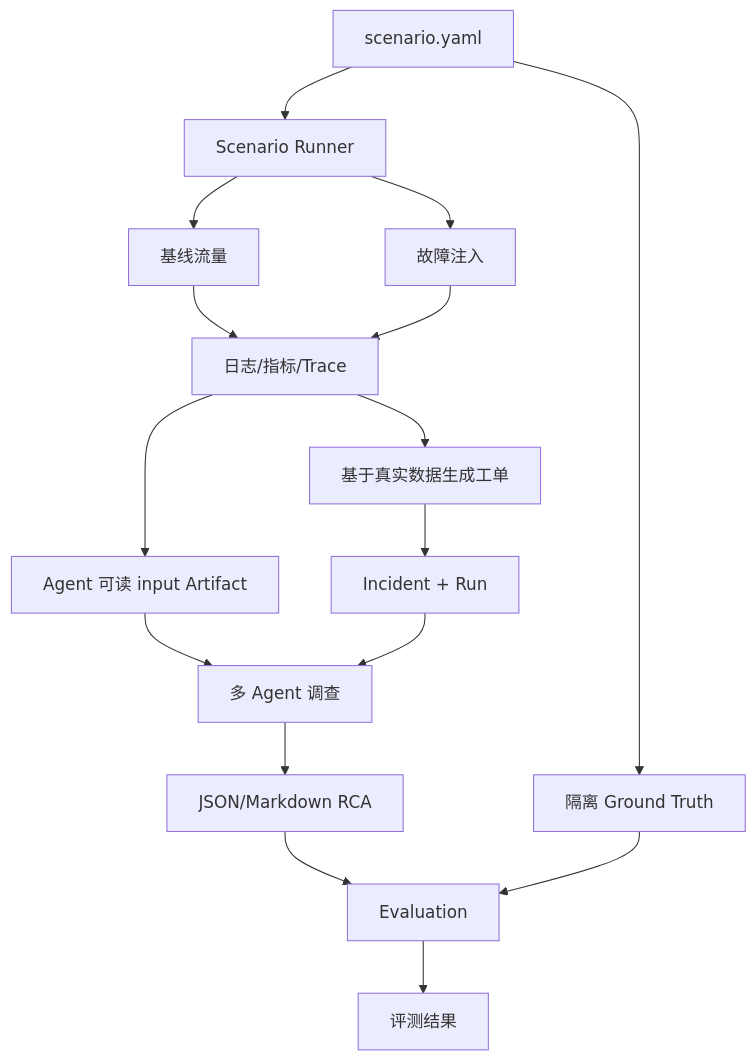
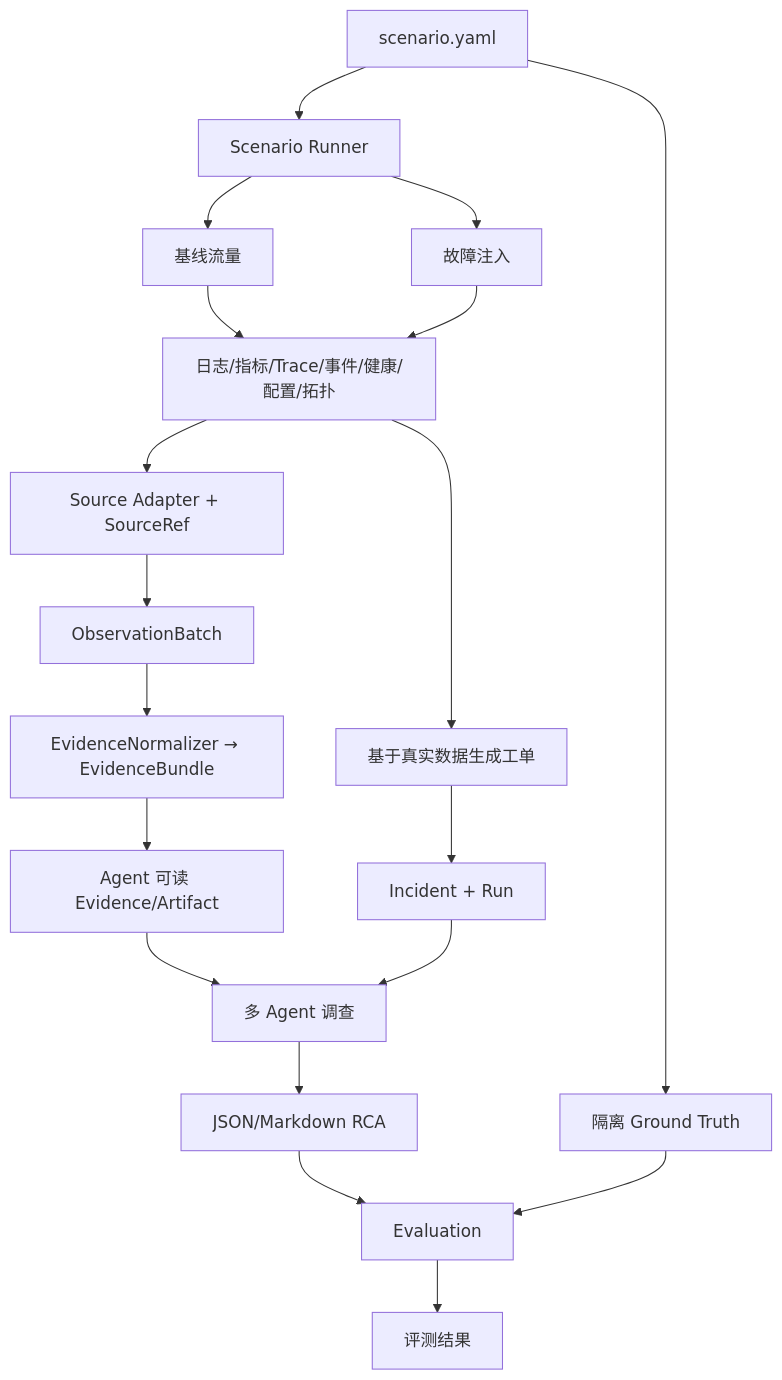
Before and after one commit to lkwslm/OpsPilot: the second of 2 diagrams in docs/design/opspilot-system-design/01-overview-and-scope.md, drawn with Mermaid. The commit also changed other lines of this file and 37 other files, not shown here.

````diff
--- a/docs/design/opspilot-system-design/01-overview-and-scope.md
+++ b/docs/design/opspilot-system-design/01-overview-and-scope.md
@@ -160,18 +164,21 @@
 ```mermaid
 flowchart TD
     Scenario["scenario.yaml"] --> Runner["Scenario Runner"]
     Runner --> Baseline["基线流量"]
     Runner --> Inject["故障注入"]
-    Baseline --> Telemetry["日志/指标/Trace"]
+    Baseline --> Telemetry["日志/指标/Trace/事件/健康/配置/拓扑"]
     Inject --> Telemetry
+    Telemetry --> Adapter["Source Adapter + SourceRef"]
+    Adapter --> Observation["ObservationBatch"]
+    Observation --> Evidence["EvidenceNormalizer → EvidenceBundle"]
     Telemetry --> Ticket["基于真实数据生成工单"]
-    Telemetry --> Input["Agent 可读 input Artifact"]
+    Evidence --> Input["Agent 可读 Evidence/Artifact"]
     Scenario --> GroundTruth["隔离 Ground Truth"]
     Ticket --> Incident["Incident + Run"]
     Input --> Agents["多 Agent 调查"]
     Incident --> Agents
     Agents --> RCA["JSON/Markdown RCA"]
     RCA --> Eval["Evaluation"]
     GroundTruth --> Eval
     Eval --> Metrics["评测结果"]
 ```
````
